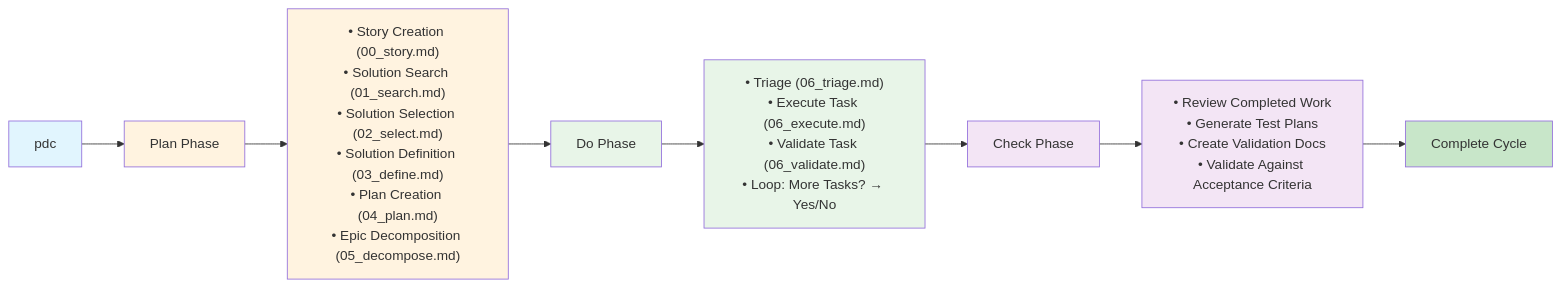
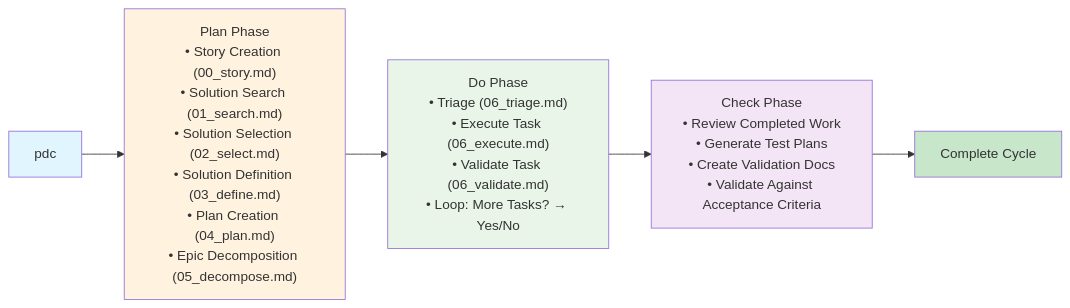
Before and after one commit to riazarbi/way: the diagram in README.md, drawn with Mermaid.

Commit message:
compact diagram

````diff
--- a/README.md
+++ b/README.md
@@ -43,20 +43,14 @@
 ```mermaid
 graph LR
-    A[pdc <user-story>] --> B[Plan Phase]
-    B --> B1["• Story Creation (00_story.md)<br/>• Solution Search (01_search.md)<br/>• Solution Selection (02_select.md)<br/>• Solution Definition (03_define.md)<br/>• Plan Creation (04_plan.md)<br/>• Epic Decomposition (05_decompose.md)"]
-    B1 --> C[Do Phase]
-    C --> C1["• Triage (06_triage.md)<br/>• Execute Task (06_execute.md)<br/>• Validate Task (06_validate.md)<br/>• Loop: More Tasks? → Yes/No"]
-    C1 --> D[Check Phase]
-    D --> D1["• Review Completed Work<br/>• Generate Test Plans<br/>• Create Validation Docs<br/>• Validate Against Acceptance Criteria"]
-    D1 --> E[Complete Cycle]
+    A[pdc <user-story>] --> B["Plan Phase<br/>• Story Creation (00_story.md)<br/>• Solution Search (01_search.md)<br/>• Solution Selection (02_select.md)<br/>• Solution Definition (03_define.md)<br/>• Plan Creation (04_plan.md)<br/>• Epic Decomposition (05_decompose.md)"]
+    B --> C["Do Phase<br/>• Triage (06_triage.md)<br/>• Execute Task (06_execute.md)<br/>• Validate Task (06_validate.md)<br/>• Loop: More Tasks? → Yes/No"]
+    C --> D["Check Phase<br/>• Review Completed Work<br/>• Generate Test Plans<br/>• Create Validation Docs<br/>• Validate Against Acceptance Criteria"]
+    D --> E[Complete Cycle]
     
     %% Styling
     style A fill:#e1f5fe
     style B fill:#fff3e0
     style C fill:#e8f5e8
     style D fill:#f3e5f5
     style E fill:#c8e6c9
-    style B1 fill:#fff3e0
-    style C1 fill:#e8f5e8
-    style D1 fill:#f3e5f5
 ```
````
